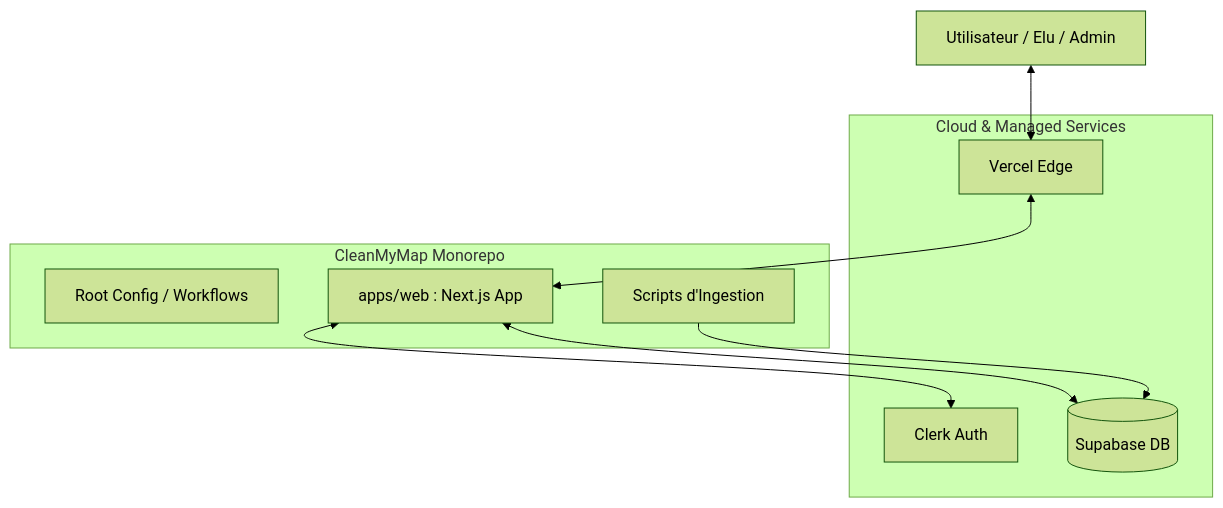
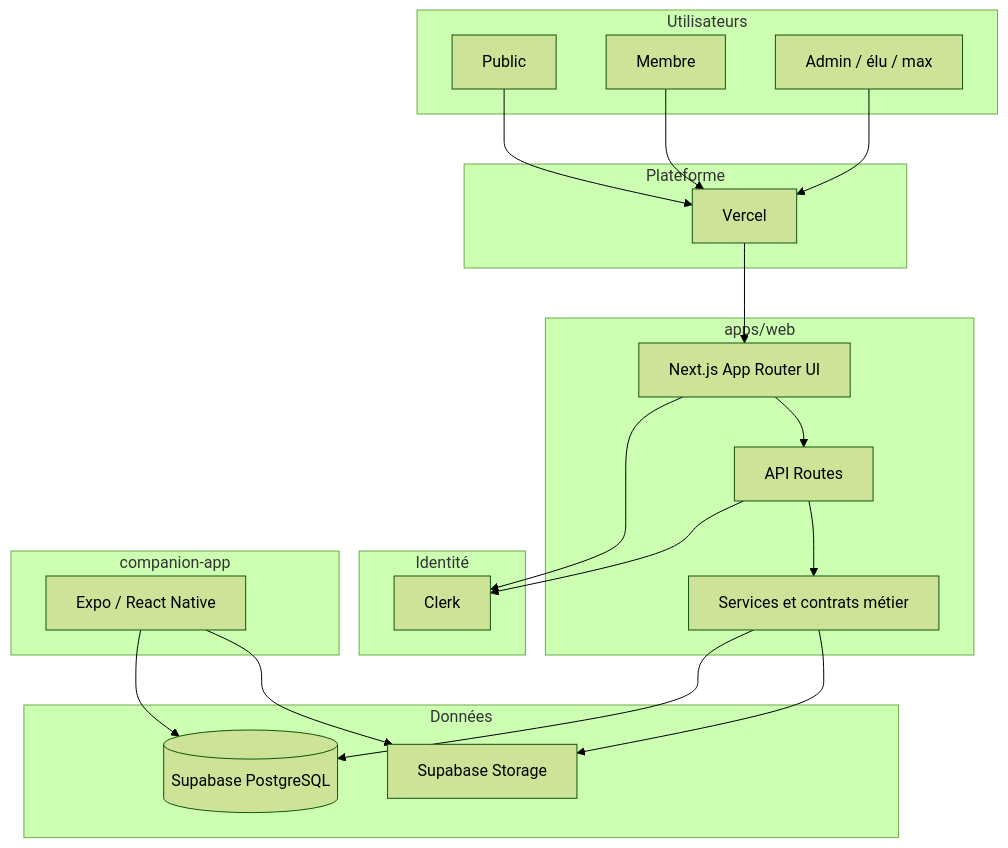
Before and after one commit to maxd4/CleanmyMap: the first of 3 diagrams in documentation/architecture/master-architecture.md, drawn with Mermaid (forest theme). The commit also changed other lines of this file and 58 other files, not shown here.

````diff
--- a/documentation/architecture/master-architecture.md
+++ b/documentation/architecture/master-architecture.md
@@ -10,20 +21,44 @@
 ```mermaid
 flowchart TD
-    subgraph Services_Externes["Cloud & Managed Services"]
-        CLERK[Clerk Auth]
-        SB[(Supabase DB)]
-        VERCEL[Vercel Edge]
-    end
+  subgraph Users[Utilisateurs]
+    PUBLIC[Public]
+    MEMBER[Membre]
+    ADMIN[Admin / élu / max]
+  end
 
-    subgraph App_Core["CleanMyMap Monorepo"]
-        ROOT[Root Config / Workflows]
-        WEB[apps/web : Next.js App]
-        INGEST[Scripts d'Ingestion]
-    end
+  subgraph Web[apps/web]
+    UI[Next.js App Router UI]
+    API[API Routes]
+    DOMAIN[Services et contrats métier]
+  end
 
-    USER[Utilisateur / Elu / Admin] <--> VERCEL
-    VERCEL <--> WEB
-    WEB <--> CLERK
-    WEB <--> SB
-    INGEST --> SB
+  subgraph Identity[Identité]
+    CLERK[Clerk]
+  end
+
+  subgraph Data[Données]
+    SUPABASE[(Supabase PostgreSQL)]
+    STORAGE[Supabase Storage]
+  end
+
+  subgraph Mobile[companion-app]
+    EXPO[Expo / React Native]
+  end
+
+  subgraph Platform[Plateforme]
+    VERCEL[Vercel]
+  end
+
+  PUBLIC --> VERCEL
+  MEMBER --> VERCEL
+  ADMIN --> VERCEL
+  VERCEL --> UI
+  UI --> CLERK
+  UI --> API
+  API --> CLERK
+  API --> DOMAIN
+  DOMAIN --> SUPABASE
+  DOMAIN --> STORAGE
+  EXPO --> SUPABASE
+  EXPO --> STORAGE
 ```
````
